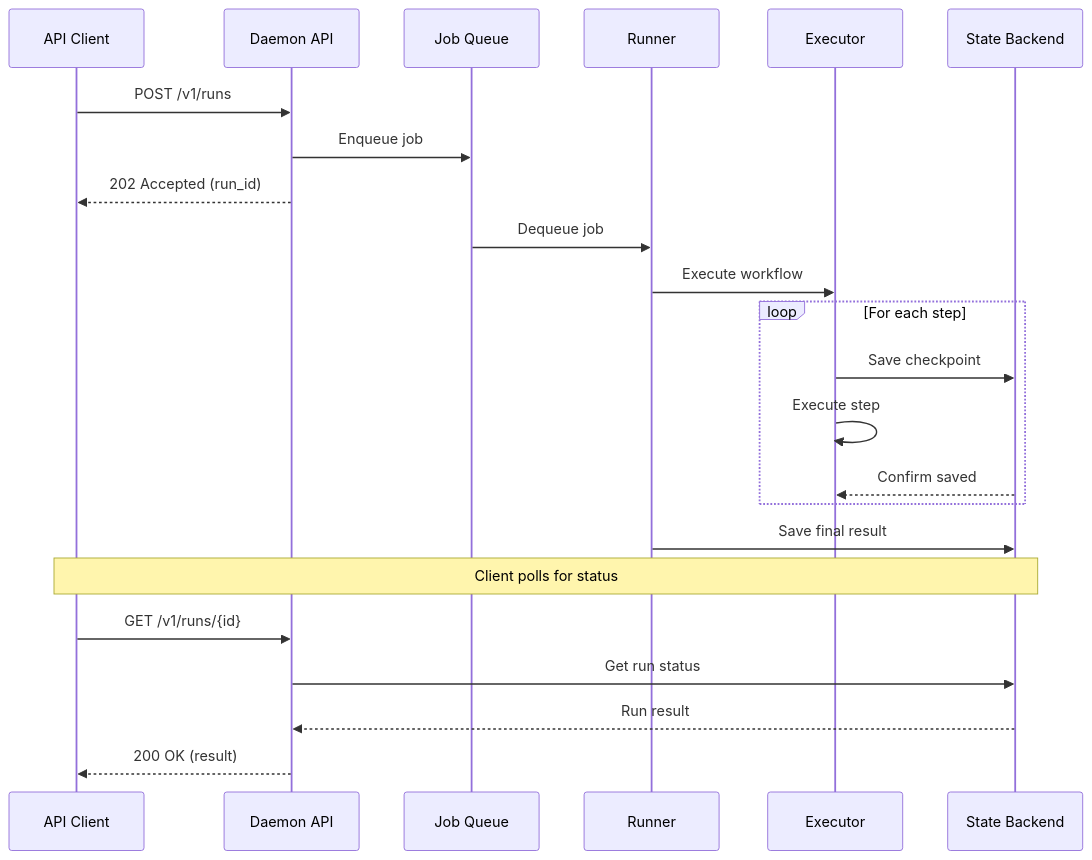
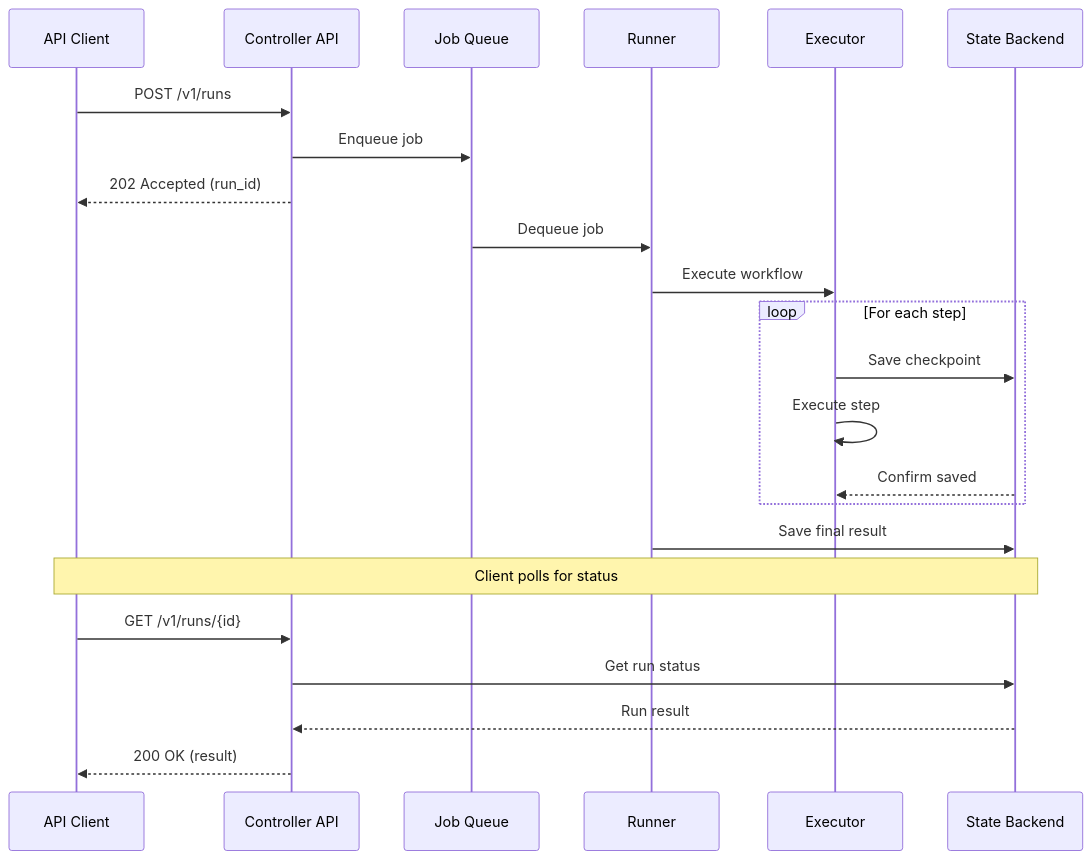
One commit to tombee/conductor changed the second of 6 diagrams in docs/architecture/execution-flow.md. Above: the diagram before and after it, drawn with Mermaid. The commit also changed other lines of this file and 123 other files, not shown here.

````diff
--- a/docs/architecture/execution-flow.md
+++ b/docs/architecture/execution-flow.md
@@ -48,30 +48,30 @@
 ```mermaid
 sequenceDiagram
     participant Client as API Client
-    participant API as Daemon API
+    participant API as Controller API
     participant Queue as Job Queue
     participant Runner as Runner
     participant Executor as Executor
     participant State as State Backend
 
     Client->>API: POST /v1/runs
     API->>Queue: Enqueue job
     API-->>Client: 202 Accepted (run_id)
 
     Queue->>Runner: Dequeue job
     Runner->>Executor: Execute workflow
 
     loop For each step
         Executor->>State: Save checkpoint
         Executor->>Executor: Execute step
         State-->>Executor: Confirm saved
     end
 
     Runner->>State: Save final result
 
     Note over Client,State: Client polls for status
     Client->>API: GET /v1/runs/{id}
     API->>State: Get run status
     State-->>API: Run result
     API-->>Client: 200 OK (result)
 ```
````
